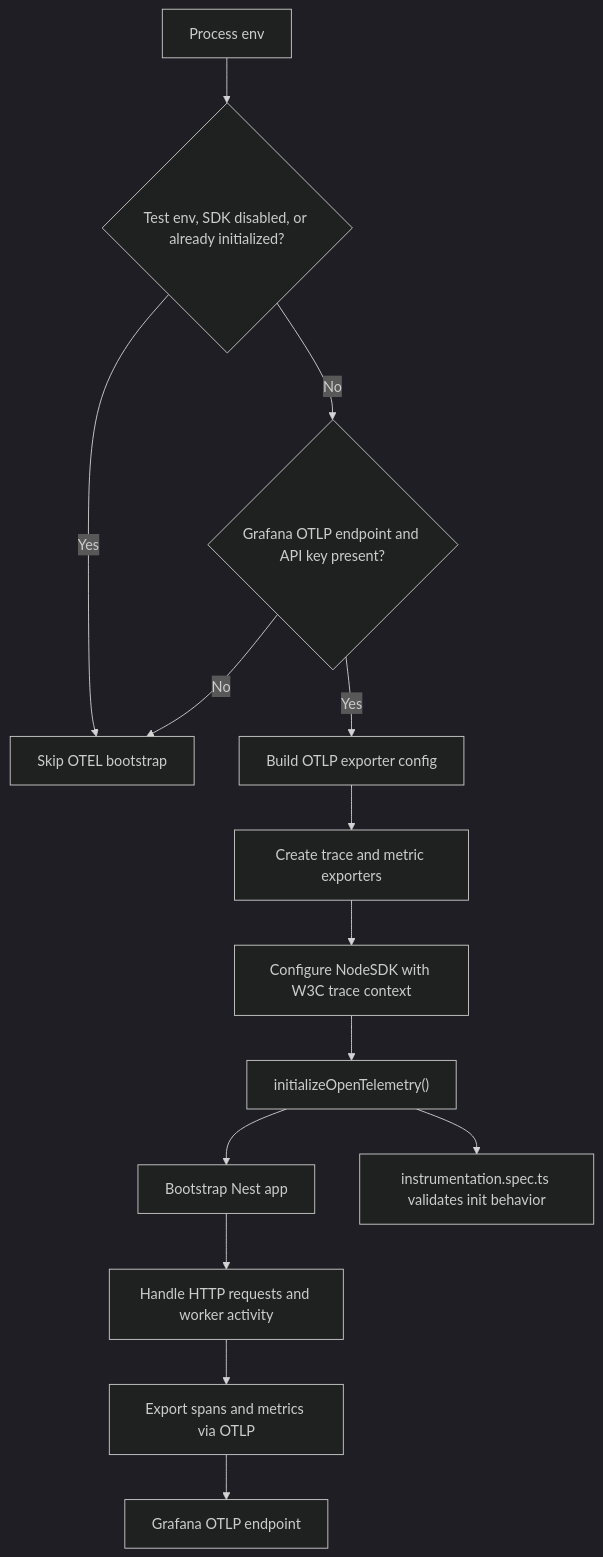
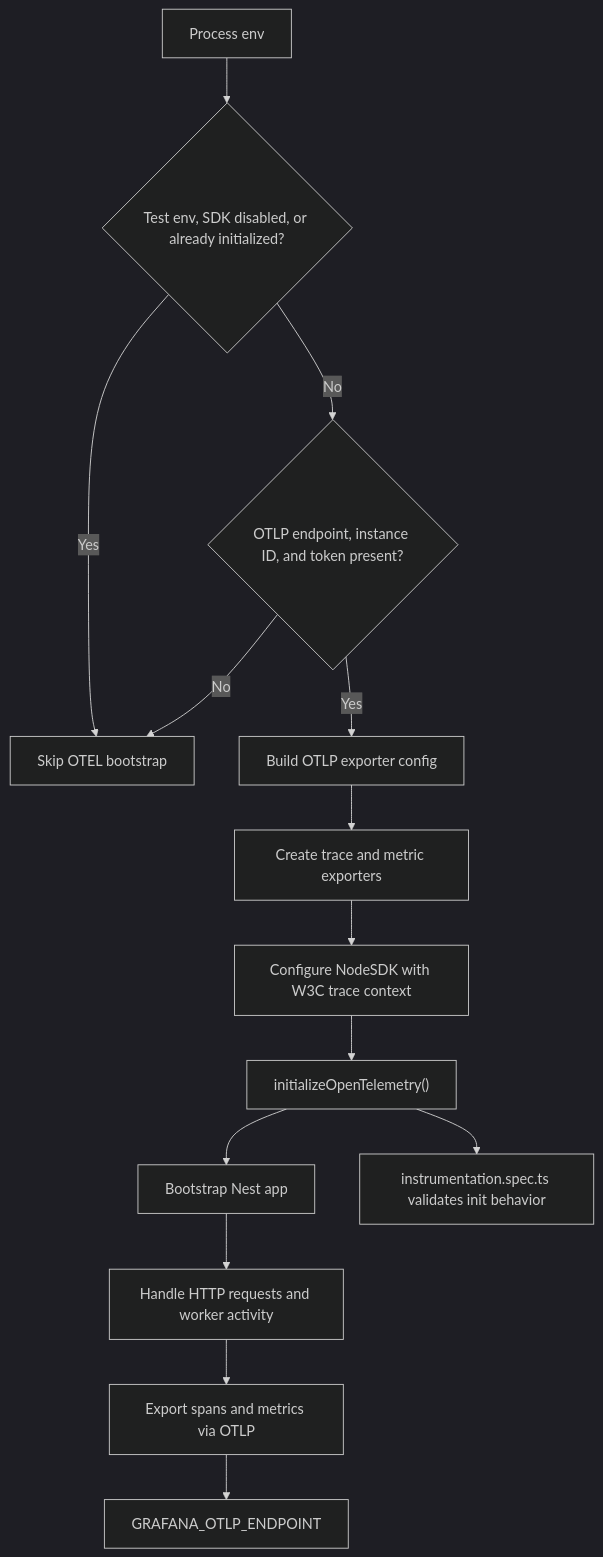
One commit to muratkeremozcan/couture-cast changed the ninth of 12 diagrams in docs/learning-path-step-by-step.md. Above: the diagram before and after it, drawn with Mermaid (dark theme). The commit also changed other lines of this file and 7 other files, not shown here.

````diff
--- a/docs/learning-path-step-by-step.md
+++ b/docs/learning-path-step-by-step.md
@@ -556,16 +574,16 @@
 ```mermaid
 flowchart TD
   env["Process env"] --> skip{"Test env, SDK disabled, or already initialized?"}
   skip -- Yes --> noop["Skip OTEL bootstrap"]
-  skip -- No --> creds{"Grafana OTLP endpoint and API key present?"}
+  skip -- No --> creds{"OTLP endpoint, instance ID, and token present?"}
   creds -- No --> noop
   creds -- Yes --> cfg["Build OTLP exporter config"]
   cfg --> exporters["Create trace and metric exporters"]
   exporters --> sdk_cfg["Configure NodeSDK with W3C trace context"]
   sdk_cfg --> start["initializeOpenTelemetry()"]
   start --> nest["Bootstrap Nest app"]
   nest --> app["Handle HTTP requests and worker activity"]
   app --> otlp["Export spans and metrics via OTLP"]
-  otlp --> grafana["Grafana OTLP endpoint"]
+  otlp --> grafana["GRAFANA_OTLP_ENDPOINT"]
   start --> tests["instrumentation.spec.ts validates init behavior"]
 ```
````
